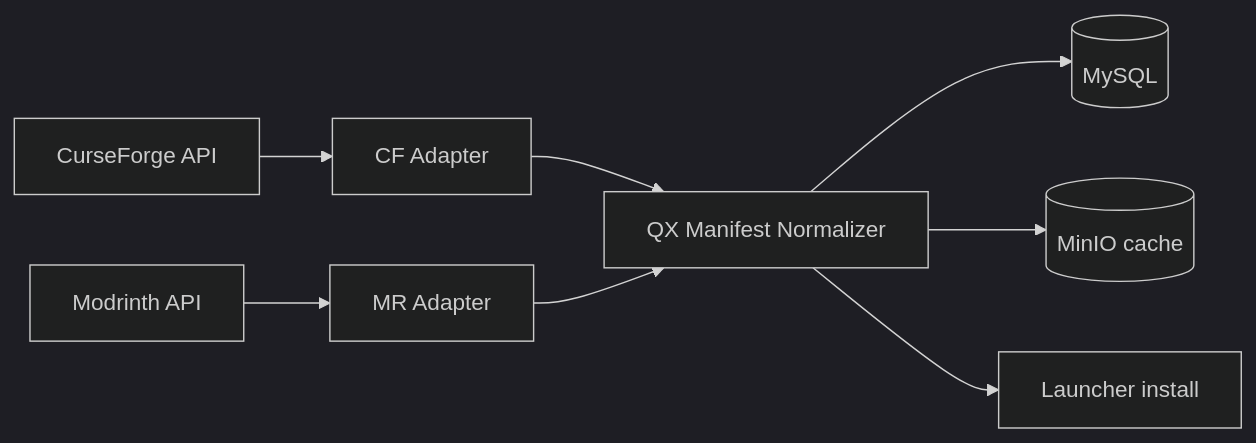
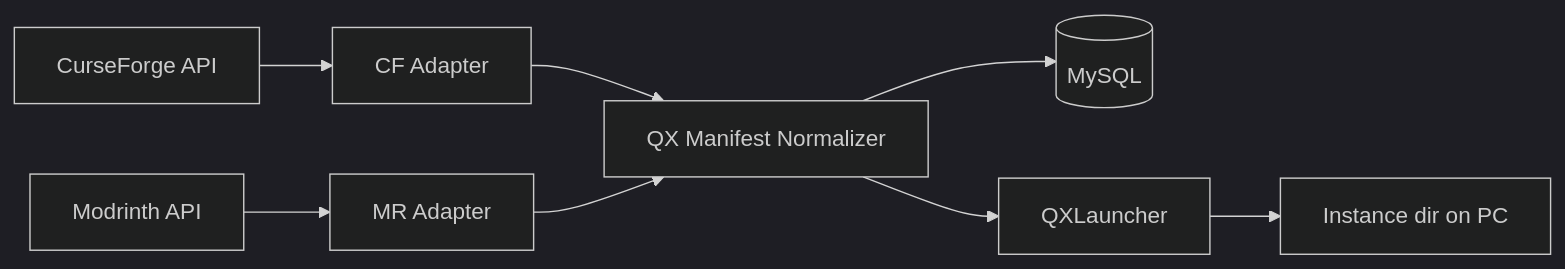
Before and after one commit to mindevis/qx-project: diagram 11 of 16 in docs/architecture.md, drawn with Mermaid (dark theme). The commit also changed other lines of this file and 13 other files, not shown here.

````diff
--- a/docs/architecture.md
+++ b/docs/architecture.md
@@ -778,10 +820,10 @@
 ```mermaid
 flowchart LR
     CF[CurseForge API] --> AdapterCF[CF Adapter]
     MR[Modrinth API] --> AdapterMR[MR Adapter]
     AdapterCF --> Normalizer[QX Manifest Normalizer]
     AdapterMR --> Normalizer
     Normalizer --> DB[(MySQL)]
-    Normalizer --> MinIO[(MinIO cache)]
-    Normalizer --> Launcher[Launcher install]
+    Normalizer --> QXLauncher[QXLauncher]
+    QXLauncher --> PC[Instance dir on PC]
 ```
````
